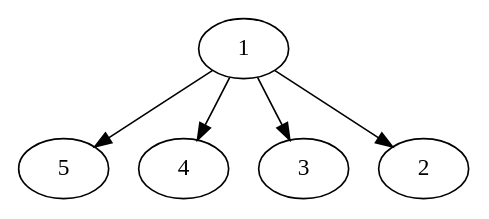
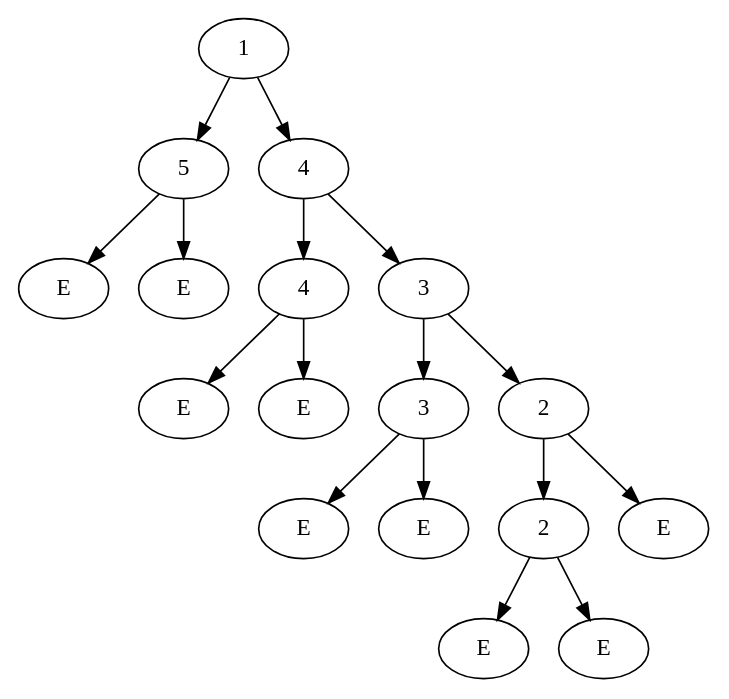
Before and after one commit to matonix/pfds: the diagram in src/PFDS/Sec5/PairingHeap.dot, drawn with Graphviz. The commit also changed 5 other files, not shown here.

```diff
--- a/src/PFDS/Sec5/PairingHeap.dot
+++ b/src/PFDS/Sec5/PairingHeap.dot
@@ -1,12 +1,36 @@
 digraph G {
 u1[label="1"];
 u2[label="5"];
-u3[label="4"];
-u4[label="3"];
-u5[label="2"];
+u3[label="E"];
+u4[label="E"];
+u5[label="4"];
+u6[label="4"];
+u7[label="E"];
+u8[label="E"];
+u9[label="3"];
+u10[label="3"];
+u11[label="E"];
+u12[label="E"];
+u13[label="2"];
+u14[label="2"];
+u15[label="E"];
+u16[label="E"];
+u17[label="E"];
 u1 -> u2[label=""];
-u1 -> u3[label=""];
-u1 -> u4[label=""];
 u1 -> u5[label=""];
+u2 -> u3[label=""];
+u2 -> u4[label=""];
+u5 -> u6[label=""];
+u5 -> u9[label=""];
+u6 -> u7[label=""];
+u6 -> u8[label=""];
+u9 -> u10[label=""];
+u9 -> u13[label=""];
+u10 -> u11[label=""];
+u10 -> u12[label=""];
+u13 -> u14[label=""];
+u13 -> u17[label=""];
+u14 -> u15[label=""];
+u14 -> u16[label=""];
 
 }
```
